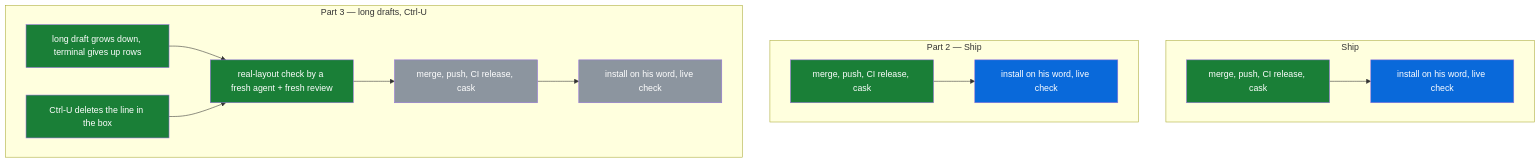
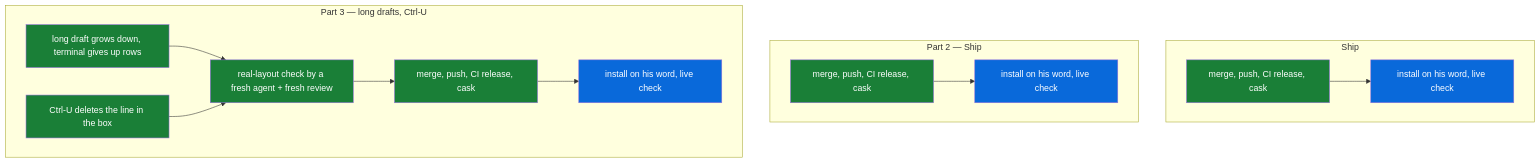
One commit to michaeljryoung/patton changed the diagram in docs/compose-box.md. Above: the diagram before and after it, drawn with Mermaid. The commit also changed other lines of this file and 1 other file, not shown here.

Commit message:
Notes: v1.34.0 released (long drafts make room below, Ctrl-U), not installed (S60) [no-release]

````diff
--- a/docs/compose-box.md
+++ b/docs/compose-box.md
@@ -14,30 +14,30 @@
 ```mermaid
 flowchart TD
   subgraph S["Ship"]
     box_release[merge, push, CI release, cask]:::done
     box_ship[install on his word, live check]:::live
   end
   subgraph OS["Part 2 — Ship"]
     bar_release[merge, push, CI release, cask]:::done
     bar_ship[install on his word, live check]:::live
   end
   subgraph P3["Part 3 — long drafts, Ctrl-U"]
     draft_room[long draft grows down, terminal gives up rows]:::done
     ctrl_u[Ctrl-U deletes the line in the box]:::done
     room_check[real-layout check by a fresh agent + fresh review]:::done
-    room_release[merge, push, CI release, cask]:::todo
-    room_ship[install on his word, live check]:::todo
+    room_release[merge, push, CI release, cask]:::done
+    room_ship[install on his word, live check]:::live
   end
   draft_room --> room_check
   ctrl_u --> room_check
   room_check --> room_release
   room_release --> room_ship
   box_release --> box_ship
   bar_release --> bar_ship
   classDef done fill:#1a7f37,color:#fff
   classDef live fill:#0969da,color:#fff
   classDef todo fill:#8c959f,color:#fff
   classDef blocked fill:#cf222e,color:#fff
   classDef dropped fill:#eaeef2,color:#57606a
   classDef superseded fill:#eaeef2,color:#57606a
 ```
````
